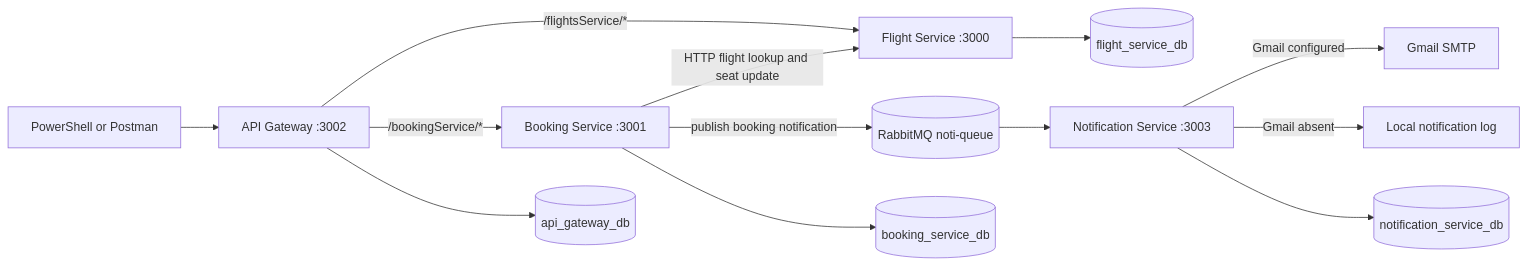
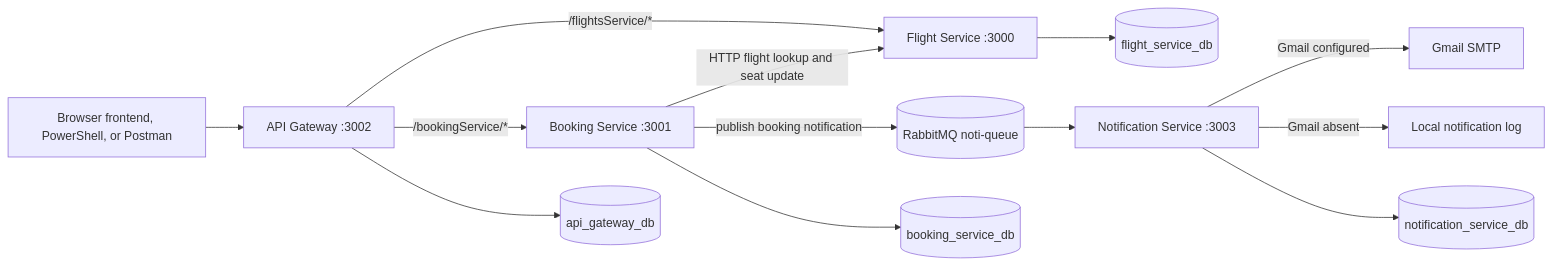
One commit to bhupinder-14/Flight-Booking-System changed the diagram in README.md. Above: the diagram before and after it, drawn with Mermaid. The commit also changed other lines of this file, not shown here.

Commit message:
docs: align project architecture and limitations with frontend

````diff
--- a/README.md
+++ b/README.md
@@ -24,15 +24,15 @@
 ```mermaid
 flowchart LR
-    Client[PowerShell or Postman] --> Gateway[API Gateway :3002]
+    Client[Browser frontend, PowerShell, or Postman] --> Gateway[API Gateway :3002]
     Gateway -->|/flightsService/*| Flight[Flight Service :3000]
     Gateway -->|/bookingService/*| Booking[Booking Service :3001]
     Booking -->|HTTP flight lookup and seat update| Flight
     Booking -->|publish booking notification| Queue[(RabbitMQ noti-queue)]
     Queue --> Notification[Notification Service :3003]
     Notification -->|Gmail configured| Email[Gmail SMTP]
     Notification -->|Gmail absent| LocalLog[Local notification log]
     Gateway --> GatewayDB[(api_gateway_db)]
     Flight --> FlightDB[(flight_service_db)]
     Booking --> BookingDB[(booking_service_db)]
     Notification --> NotificationDB[(notification_service_db)]
 ```
````
